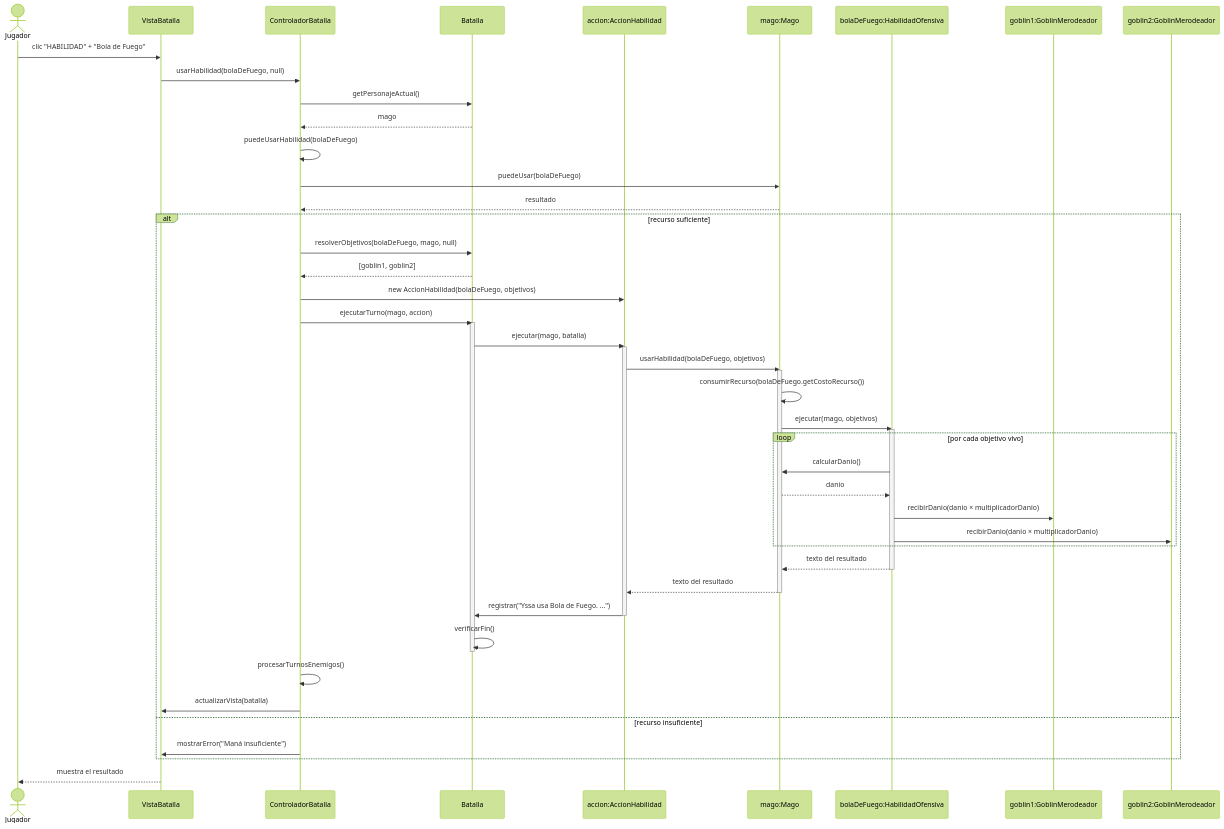
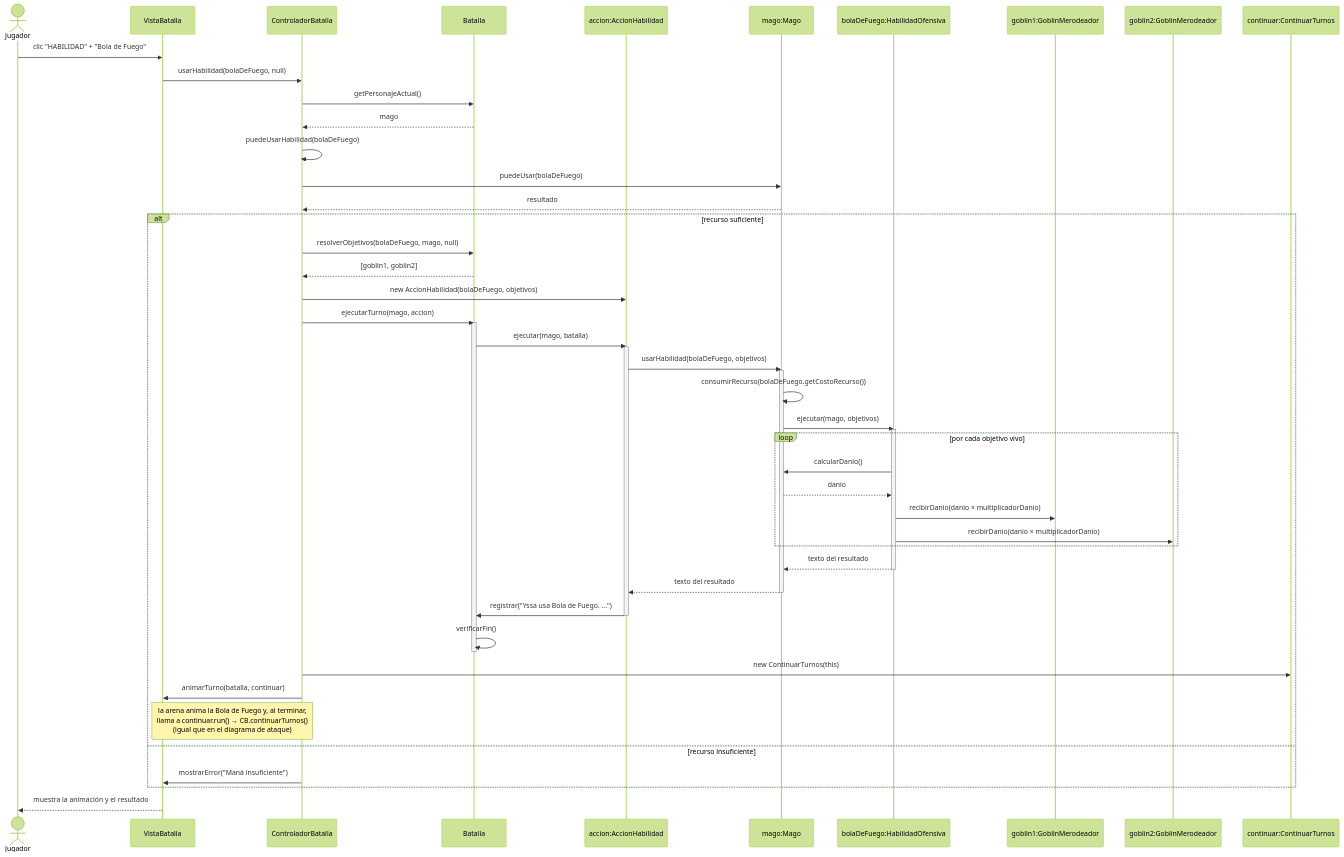
One commit to guidoalongi/ashbornRise changed the diagram in AshbornRise/diagramas/secuencia2_habilidad.mmd. Above: the diagram before and after it, drawn with Mermaid (forest theme). The commit also changed 25 other files, not shown here.

First line of the commit message:
Interfaces entre controladores y vista, Comparator para el orden de turnos y diagramas actualizados

```diff
--- a/AshbornRise/diagramas/secuencia2_habilidad.mmd
+++ b/AshbornRise/diagramas/secuencia2_habilidad.mmd
@@ -1,51 +1,53 @@
 sequenceDiagram
     actor Jugador
     participant VB as VistaBatalla
     participant CB as ControladorBatalla
     participant B as Batalla
     participant AH as accion:AccionHabilidad
     participant M as mago:Mago
     participant BF as bolaDeFuego:HabilidadOfensiva
     participant G1 as goblin1:GoblinMerodeador
     participant G2 as goblin2:GoblinMerodeador
+    participant CT as continuar:ContinuarTurnos
 
     Jugador->>VB: clic "HABILIDAD" + "Bola de Fuego"
     VB->>CB: usarHabilidad(bolaDeFuego, null)
     CB->>B: getPersonajeActual()
     B-->>CB: mago
     CB->>CB: puedeUsarHabilidad(bolaDeFuego)
     CB->>M: puedeUsar(bolaDeFuego)
     M-->>CB: resultado
     alt recurso suficiente
         CB->>B: resolverObjetivos(bolaDeFuego, mago, null)
         B-->>CB: [goblin1, goblin2]
         CB->>AH: new AccionHabilidad(bolaDeFuego, objetivos)
         CB->>B: ejecutarTurno(mago, accion)
         activate B
         B->>AH: ejecutar(mago, batalla)
         activate AH
         AH->>M: usarHabilidad(bolaDeFuego, objetivos)
         activate M
         M->>M: consumirRecurso(bolaDeFuego.getCostoRecurso())
         M->>BF: ejecutar(mago, objetivos)
         activate BF
         loop por cada objetivo vivo
             BF->>M: calcularDanio()
             M-->>BF: danio
             BF->>G1: recibirDanio(danio × multiplicadorDanio)
             BF->>G2: recibirDanio(danio × multiplicadorDanio)
         end
         BF-->>M: texto del resultado
         deactivate BF
         M-->>AH: texto del resultado
         deactivate M
         AH->>B: registrar("Yssa usa Bola de Fuego. ...")
         deactivate AH
         B->>B: verificarFin()
         deactivate B
-        CB->>CB: procesarTurnosEnemigos()
-        CB->>VB: actualizarVista(batalla)
+        CB->>CT: new ContinuarTurnos(this)
+        CB->>VB: animarTurno(batalla, continuar)
+        Note over VB,CB: la arena anima la Bola de Fuego y, al terminar,<br/>llama a continuar.run() → CB.continuarTurnos()<br/>(igual que en el diagrama de ataque)
     else recurso insuficiente
         CB->>VB: mostrarError("Maná insuficiente")
     end
-    VB-->>Jugador: muestra el resultado
+    VB-->>Jugador: muestra la animación y el resultado
```
